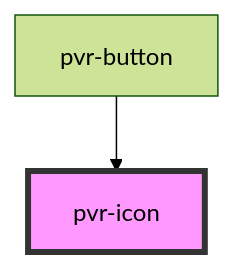
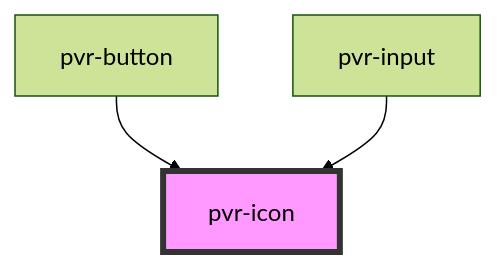
One commit to pvrobays/pvr-components changed the diagram in packages/pvr-components/src/components/pvr-icon/readme.md. Above: the diagram before and after it, drawn with Mermaid (forest theme). The commit also changed other lines of this file and 3 other files, not shown here.

````diff
--- a/packages/pvr-components/src/components/pvr-icon/readme.md
+++ b/packages/pvr-components/src/components/pvr-icon/readme.md
@@ -22,5 +23,6 @@
 ```mermaid
 graph TD;
   pvr-button --> pvr-icon
+  pvr-input --> pvr-icon
   style pvr-icon fill:#f9f,stroke:#333,stroke-width:4px
 ```
````
